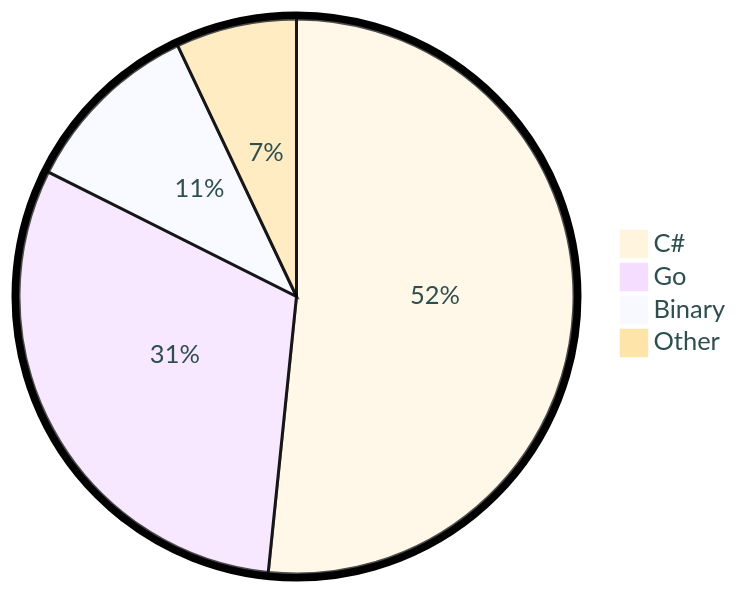
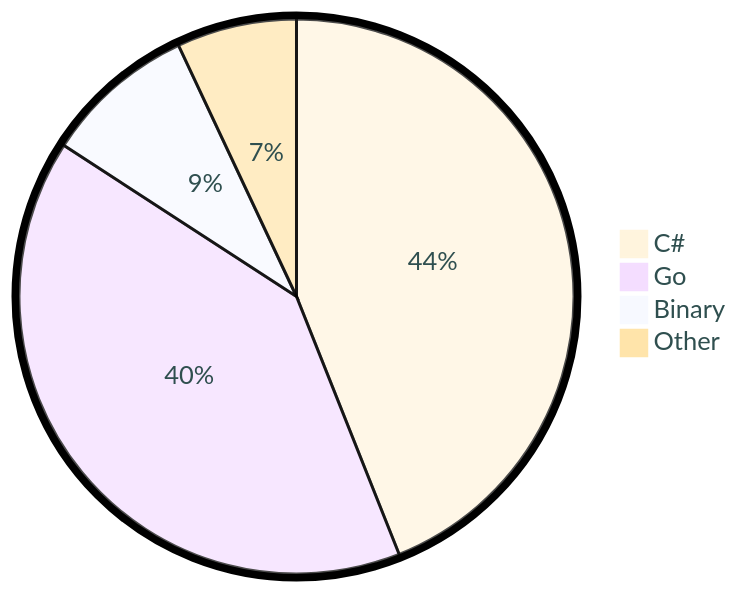
Before and after one commit to tot0p/tot0p: the diagram in README.md, drawn with Mermaid. The commit also changed other lines of this file, not shown here.

````diff
--- a/README.md
+++ b/README.md
@@ -75,8 +74,8 @@
 ```mermaid
 %%{init: {"pie": {"textPosition": 0.5}, "themeVariables": {"pieOuterStrokeWidth": "5px","primaryTextColor" : "#2F4F4F"},"theme":"base"} }%%
 pie
-	"C#": 51.63
-	"Go": 30.78
-	"Binary": 10.56
-	"Other": 7.040000000000001
+	"C#": 43.97
+	"Go": 40.2
+	"Binary": 8.84
+	"Other": 6.99
 ```
````
